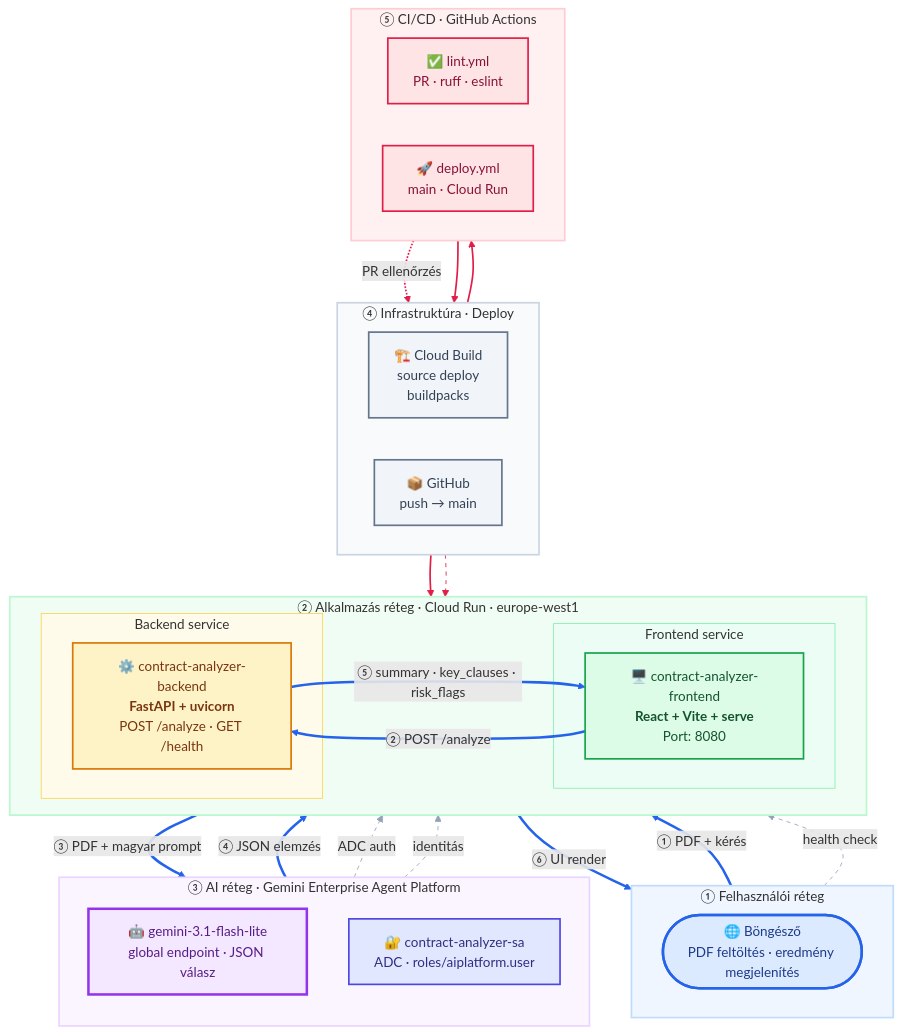
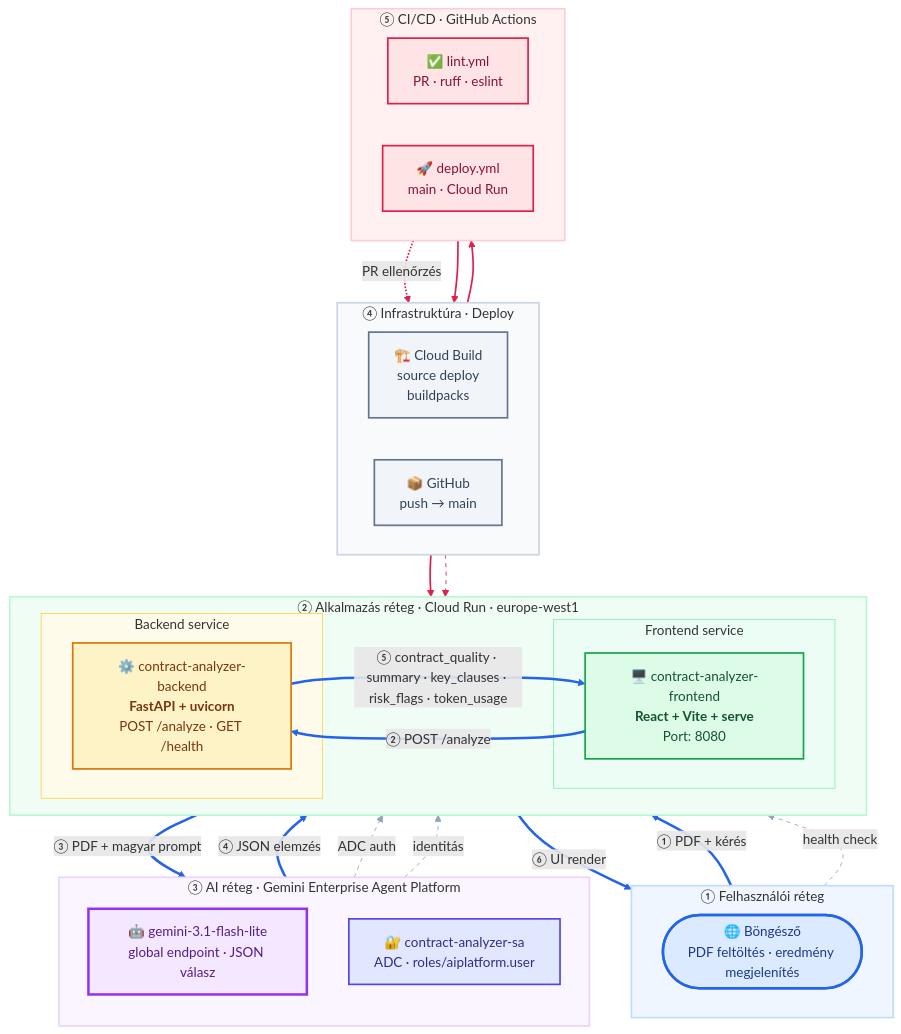
One commit to cloudsteak/trn-gcp-ai-contract-analyzer changed the first of 2 diagrams in README.md. Above: the diagram before and after it, drawn with Mermaid. The commit also changed other lines of this file, not shown here.

Commit message:
Update README to include new contract quality metrics and token usage details in the analysis results. Revise frontend responsibilities to reflect changes in functionality, and enhance local development instructions for clarity.

```diff
--- a/README.md
+++ b/README.md
@@ -46,7 +46,7 @@
     FE ==>|"② POST /analyze"| BE
     BE ==>|"③ PDF + magyar prompt"| GEAP
     GEAP ==>|"④ JSON elemzés"| BE
-    BE ==>|"⑤ summary · key_clauses · risk_flags"| FE
+    BE ==>|"⑤ contract_quality · summary · key_clauses · risk_flags · token_usage"| FE
     FE ==>|"⑥ UI render"| Browser
 
     %% Másodlagos kapcsolatok
```
